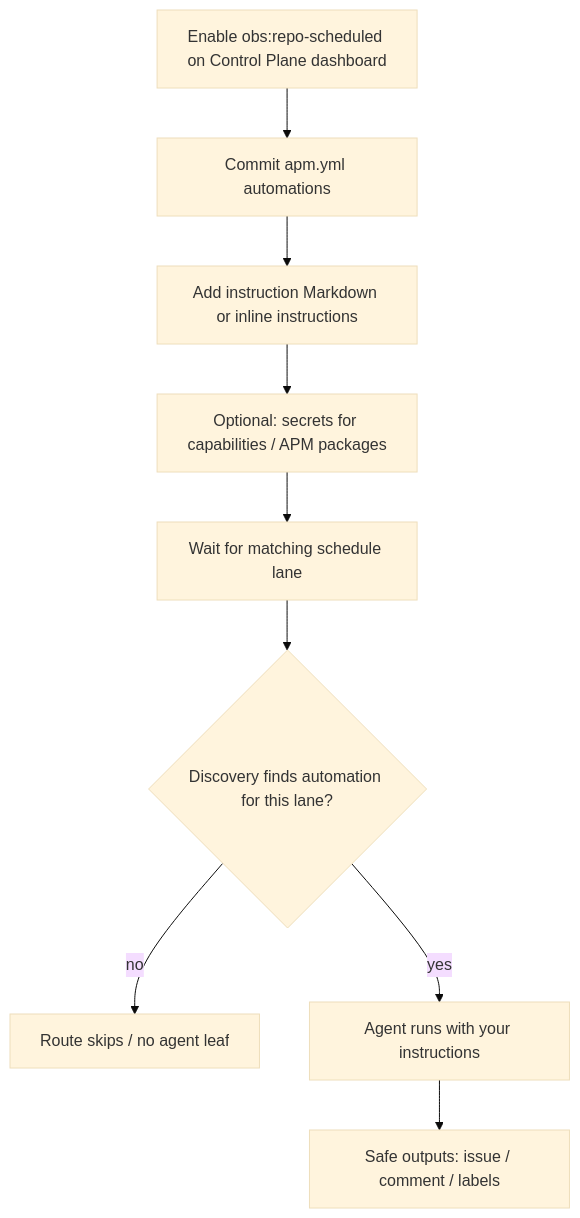
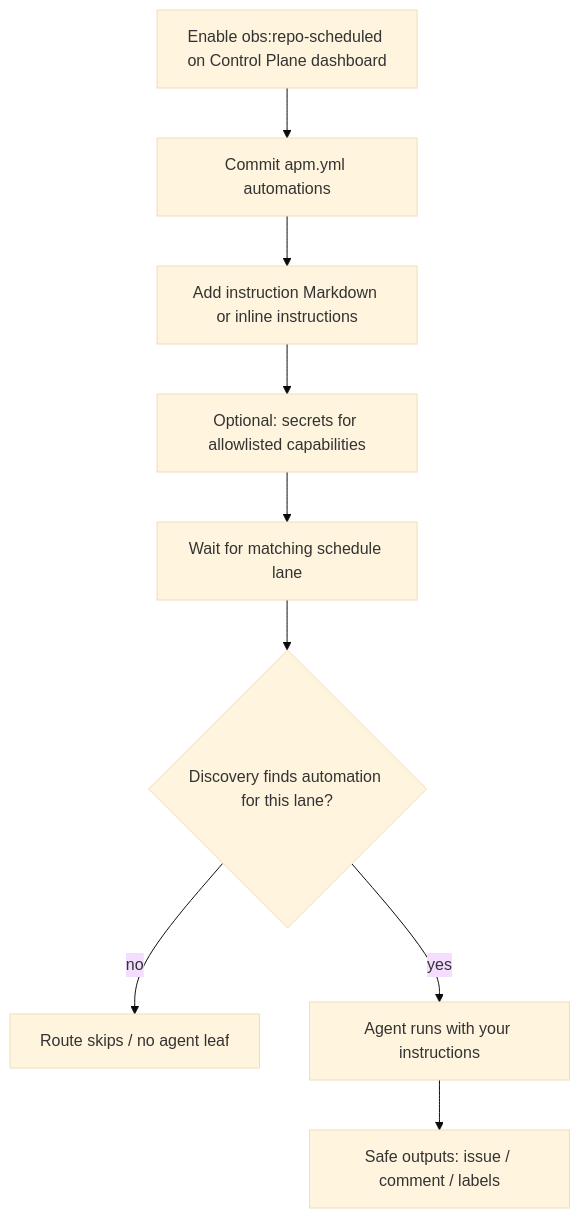
Before and after one commit to elastic/oblt-aw: the diagram in docs/user-guide/run-scheduled-automations.md, drawn with Mermaid (base theme). The commit also changed other lines of this file, not shown here.

````diff
--- a/docs/user-guide/run-scheduled-automations.md
+++ b/docs/user-guide/run-scheduled-automations.md
@@ -11,11 +11,11 @@
 ```mermaid
 flowchart TD
   A[Enable obs:repo-scheduled on Control Plane dashboard] --> B[Commit apm.yml automations]
   B --> C[Add instruction Markdown or inline instructions]
-  C --> D[Optional: secrets for capabilities / APM packages]
+  C --> D[Optional: secrets for allowlisted capabilities]
   D --> E[Wait for matching schedule lane]
   E --> F{Discovery finds automation for this lane?}
   F -->|no| Z[Route skips / no agent leaf]
   F -->|yes| G[Agent runs with your instructions]
   G --> H[Safe outputs: issue / comment / labels]
 ```
````
